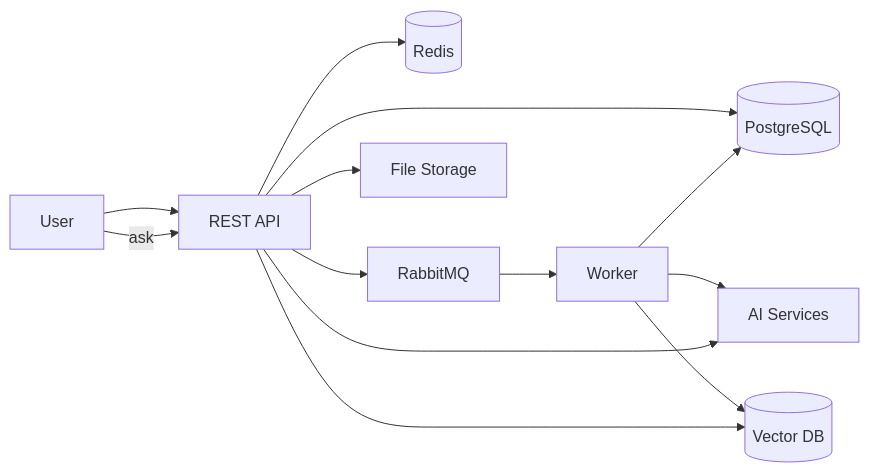
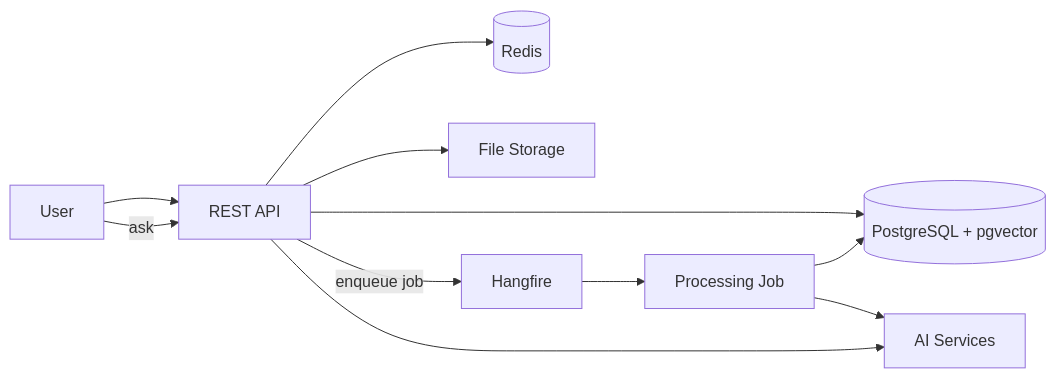
Before and after one commit to marwanoosama/ManualMate: the diagram in README.md, drawn with Mermaid. The commit also changed other lines of this file and 3 other files, not shown here.

First line of the commit message:
docs: update README and system design for Hangfire, Voyage AI, and current API

````diff
--- a/README.md
+++ b/README.md
@@ -34,18 +22,16 @@
 ```mermaid
 flowchart LR
     U[User] --> API[REST API]
 
-    API --> PG[(PostgreSQL)]
+    API --> PG[(PostgreSQL + pgvector)]
     API --> RD[(Redis)]
-    API --> MQ[RabbitMQ]
     API --> FS[File Storage]
 
-    MQ --> W[Worker]
-    W --> AI[AI Services]
-    W --> VS[(Vector DB)]
-    W --> PG
+    API -->|enqueue job| HF[Hangfire]
+    HF --> J[Processing Job]
+    J --> AI[AI Services]
+    J --> PG
 
     U -->|ask| API
-    API --> VS
     API --> AI
 ```
````
